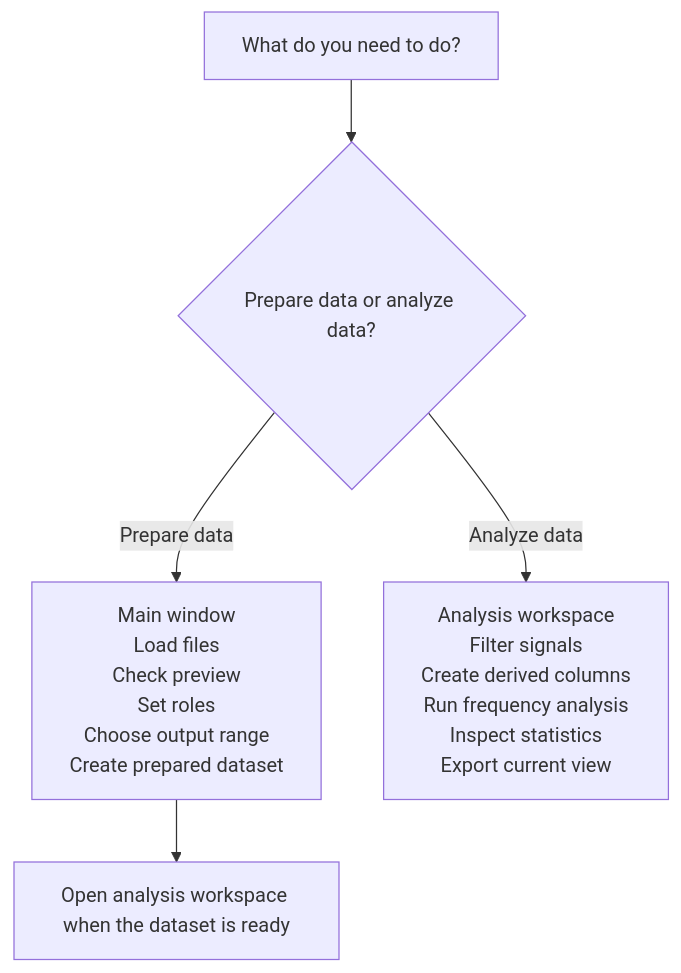
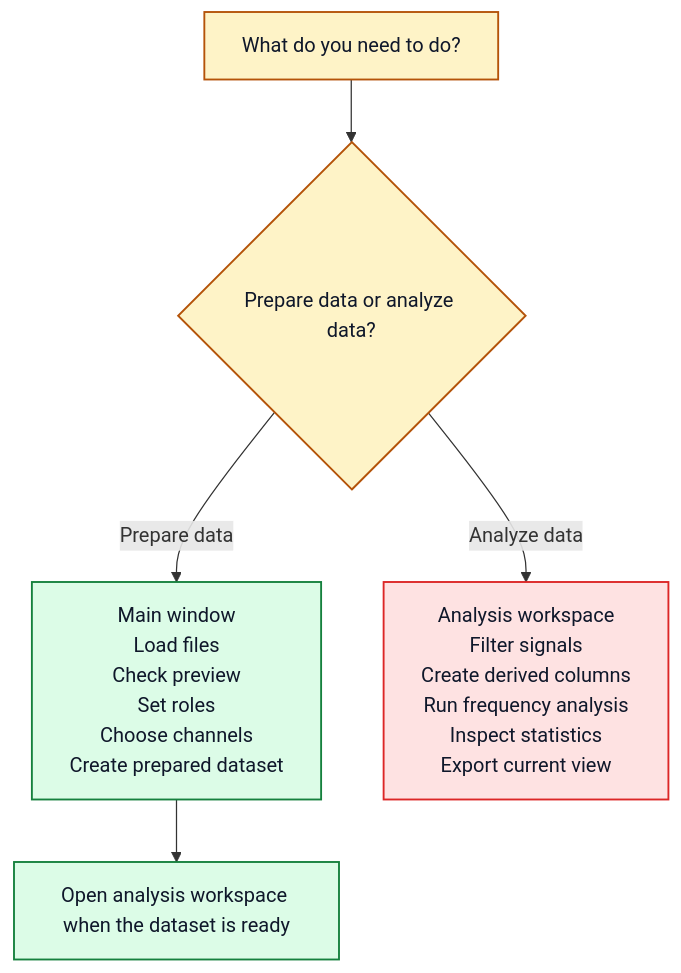
One commit to jameskiki/Data-Signals-and-Systems changed the second of 2 diagrams in docs/user-guide.md. Above: the diagram before and after it, drawn with Mermaid. The commit also changed other lines of this file and 48 other files, not shown here.

````diff
--- a/docs/user-guide.md
+++ b/docs/user-guide.md
@@ -34,7 +65,15 @@
 ```mermaid
 flowchart TB
     Start[What do you need to do?] --> Decide{Prepare data or analyze data?}
-    Decide -->|Prepare data| Main[Main window\nLoad files\nCheck preview\nSet roles\nChoose output range\nCreate prepared dataset]
+    Decide -->|Prepare data| Main[Main window\nLoad files\nCheck preview\nSet roles\nChoose channels\nCreate prepared dataset]
     Decide -->|Analyze data| Workspace[Analysis workspace\nFilter signals\nCreate derived columns\nRun frequency analysis\nInspect statistics\nExport current view]
     Main --> Next[Open analysis workspace when the dataset is ready]
+
+    classDef question fill:#fef3c7,stroke:#b45309,color:#0f172a,stroke-width:1.5px;
+    classDef prepare fill:#dcfce7,stroke:#15803d,color:#0f172a,stroke-width:1.5px;
+    classDef analysis fill:#fee2e2,stroke:#dc2626,color:#0f172a,stroke-width:1.5px;
+
+    class Start,Decide question;
+    class Main,Next prepare;
+    class Workspace analysis;
 ```
````
